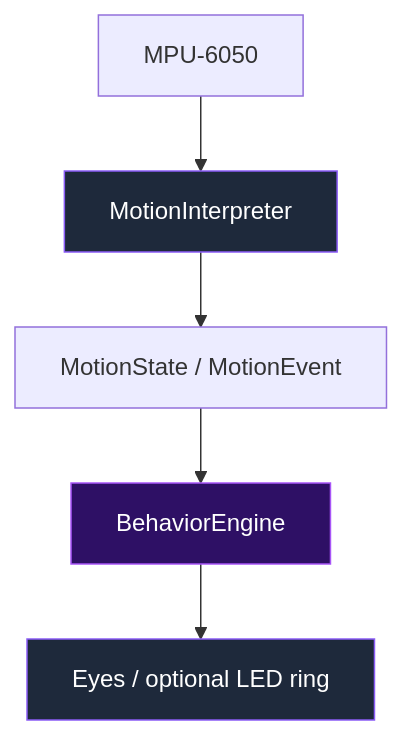
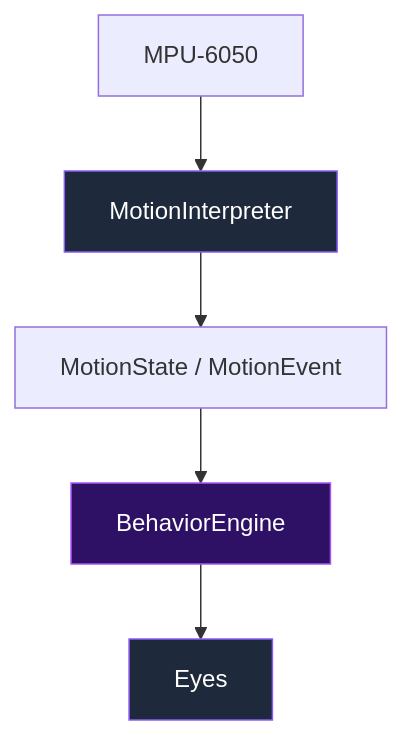
Before and after one commit to phosairobot/phos: the diagram in docs/motion-awareness.md, drawn with Mermaid. The commit also changed other lines of this file and 17 other files, not shown here.

Commit message:
docs: clarify that WS2812B LED ring connects to ESP32 controller rather than directly to Pi

````diff
--- a/docs/motion-awareness.md
+++ b/docs/motion-awareness.md
@@ -8,9 +8,9 @@
 ```mermaid
 flowchart TD
   sensor[MPU-6050] --> interpreter[MotionInterpreter]
   interpreter --> motion[MotionState / MotionEvent] --> behavior[BehaviorEngine]
-  behavior --> output[Eyes / optional LED ring]
+  behavior --> output[Eyes]
   style behavior fill:#2e1065,stroke:#a855f7,color:#fff
   style interpreter fill:#1e293b,stroke:#8b5cf6,color:#fff
   style output fill:#1e293b,stroke:#8b5cf6,color:#fff
 ```
````
